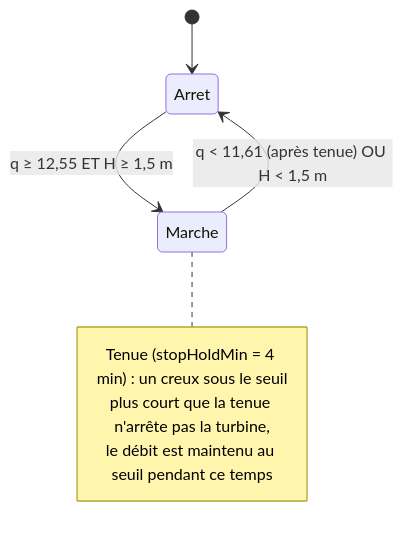
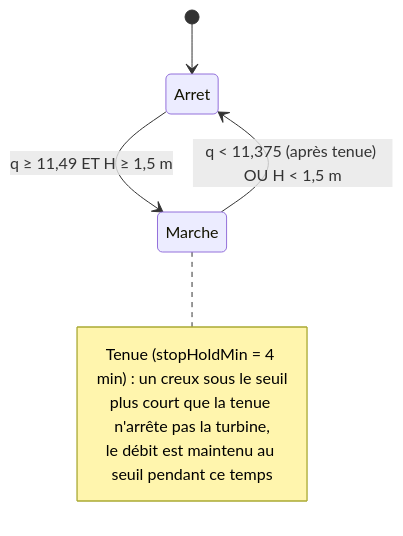
Before and after one commit to luniks/hydroflow: the third of 3 diagrams in docs/modele-turbine.md, drawn with Mermaid. The commit also changed other lines of this file and 23 other files, not shown here.

````diff
--- a/docs/modele-turbine.md
+++ b/docs/modele-turbine.md
@@ -121,11 +122,11 @@
 ```mermaid
 stateDiagram-v2
     [*] --> Arret
-    Arret --> Marche : q ≥ 12,55 ET H ≥ 1,5 m
-    Marche --> Arret : q < 11,61 (après tenue) OU H < 1,5 m
+    Arret --> Marche : q ≥ 11,49 ET H ≥ 1,5 m
+    Marche --> Arret : q < 11,375 (après tenue) OU H < 1,5 m
     note right of Marche
         Tenue (stopHoldMin = 4 min) : un creux sous le seuil
         plus court que la tenue n'arrête pas la turbine,
         le débit est maintenu au seuil pendant ce temps
     end note
 ```
````
